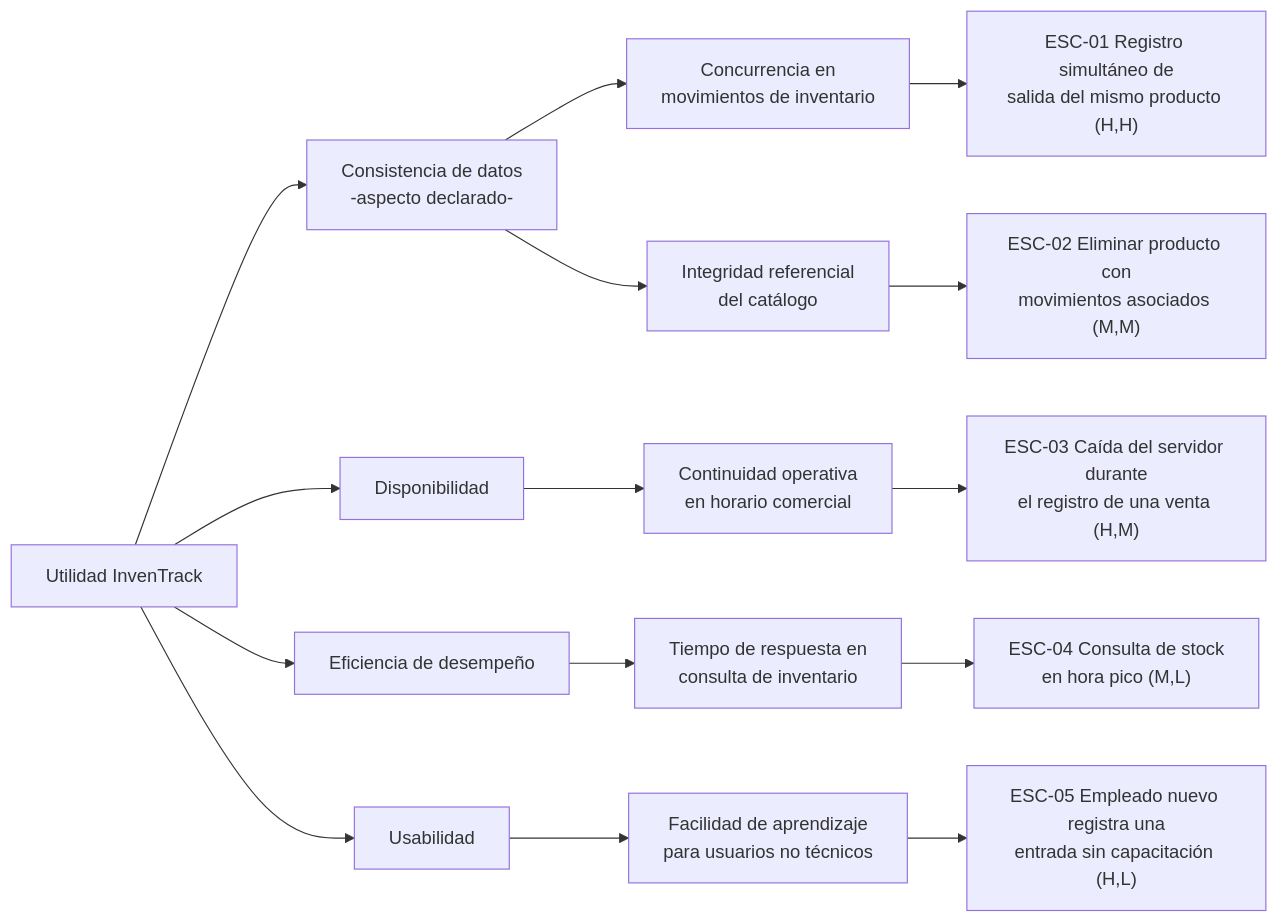
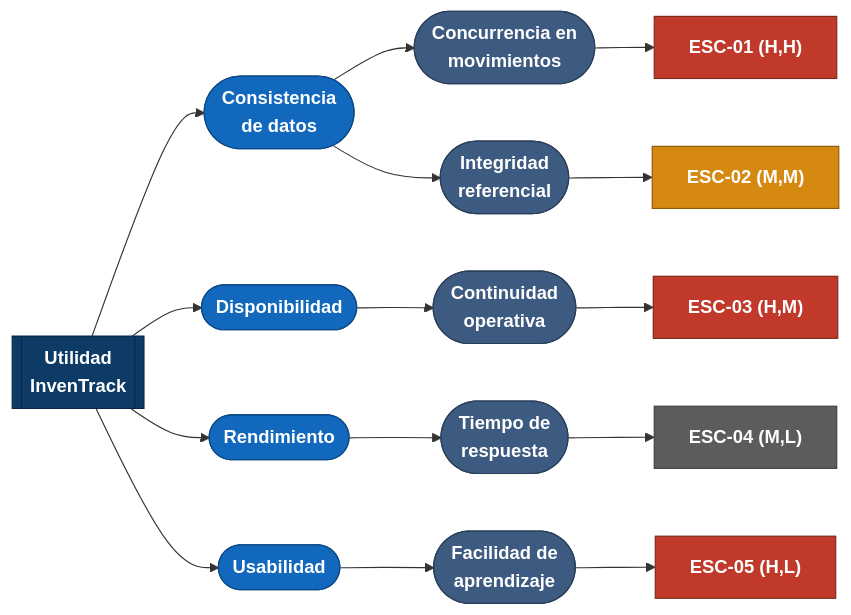
The diagram in docs/c4/utility-tree.md (ISCOUTB/AS_202620_InvenTrack), drawn with Mermaid before and after one commit. The commit also changed other lines of this file, not shown here.

Commit message:
Actualizar árbol de utilidad y detalles de escenarios
El árbol de utilidad organiza la discusión de calidad, priorizando escenarios según impacto en el negocio y riesgo técnico. Se han actualizado los atributos y refinamientos en el diagrama y la tabla de escenarios.

````diff
--- a/docs/c4/utility-tree.md
+++ b/docs/c4/utility-tree.md
@@ -6,21 +9,35 @@
 ```mermaid
 graph LR
-    U[Utilidad InvenTrack]
+    U[["Utilidad<br/>InvenTrack"]]
 
-    U --> QA1[Consistencia de datos<br/>-aspecto declarado-]
-    U --> QA2[Disponibilidad]
-    U --> QA3[Eficiencia de desempeño]
-    U --> QA4[Usabilidad]
+    U --> QA1(["Consistencia<br/>de datos"])
+    U --> QA2(["Disponibilidad"])
+    U --> QA3(["Rendimiento"])
+    U --> QA4(["Usabilidad"])
 
-    QA1 --> R1[Concurrencia en<br/>movimientos de inventario]
-    QA1 --> R2[Integridad referencial<br/>del catálogo]
-    QA2 --> R3[Continuidad operativa<br/>en horario comercial]
-    QA3 --> R4[Tiempo de respuesta en<br/>consulta de inventario]
-    QA4 --> R5[Facilidad de aprendizaje<br/>para usuarios no técnicos]
+    QA1 --> R1(["Concurrencia en<br/>movimientos"])
+    QA1 --> R2(["Integridad<br/>referencial"])
+    QA2 --> R3(["Continuidad<br/>operativa"])
+    QA3 --> R4(["Tiempo de<br/>respuesta"])
+    QA4 --> R5(["Facilidad de<br/>aprendizaje"])
 
-    R1 --> S1["ESC-01 Registro simultáneo de\nsalida del mismo producto (H,H)"]
-    R2 --> S2["ESC-02 Eliminar producto con\nmovimientos asociados (M,M)"]
-    R3 --> S3["ESC-03 Caída del servidor durante\nel registro de una venta (H,M)"]
-    R4 --> S4["ESC-04 Consulta de stock\nen hora pico (M,L)"]
-    R5 --> S5["ESC-05 Empleado nuevo registra una\nentrada sin capacitación (H,L)"]
+    R1 --> S1["ESC-01 (H,H)"]
+    R2 --> S2["ESC-02 (M,M)"]
+    R3 --> S3["ESC-03 (H,M)"]
+    R4 --> S4["ESC-04 (M,L)"]
+    R5 --> S5["ESC-05 (H,L)"]
+
+    classDef root fill:#0d3b66,stroke:#082746,color:#ffffff,font-weight:bold
+    classDef attr fill:#1168bd,stroke:#0b4884,color:#ffffff,font-weight:bold
+    classDef refine fill:#3d5a80,stroke:#293e59,color:#ffffff
+    classDef high fill:#c0392b,stroke:#7b271b,color:#ffffff,font-weight:bold
+    classDef mid fill:#d68910,stroke:#8a5a0a,color:#ffffff,font-weight:bold
+    classDef low fill:#5c5c5c,stroke:#3d3d3d,color:#ffffff,font-weight:bold
+
+    class U root
+    class QA1,QA2,QA3,QA4 attr
+    class R1,R2,R3,R4,R5 refine
+    class S1,S3,S5 high
+    class S2 mid
+    class S4 low
 ```
````
